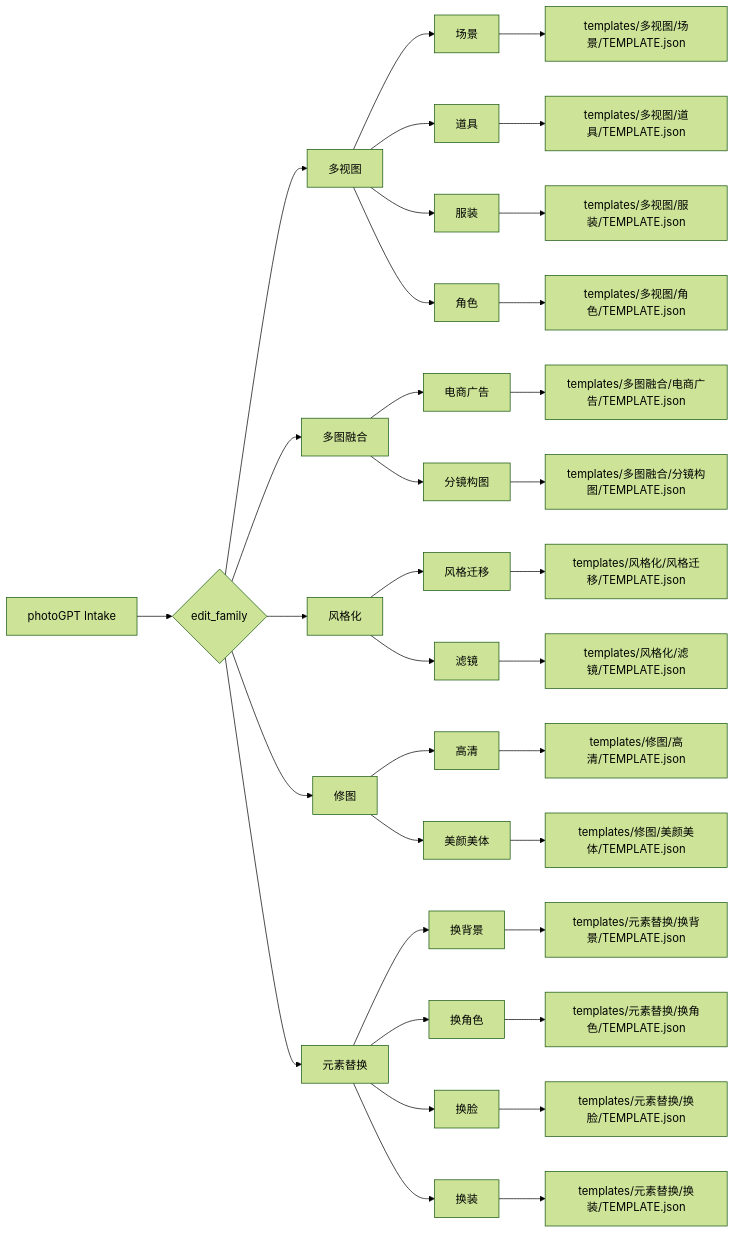
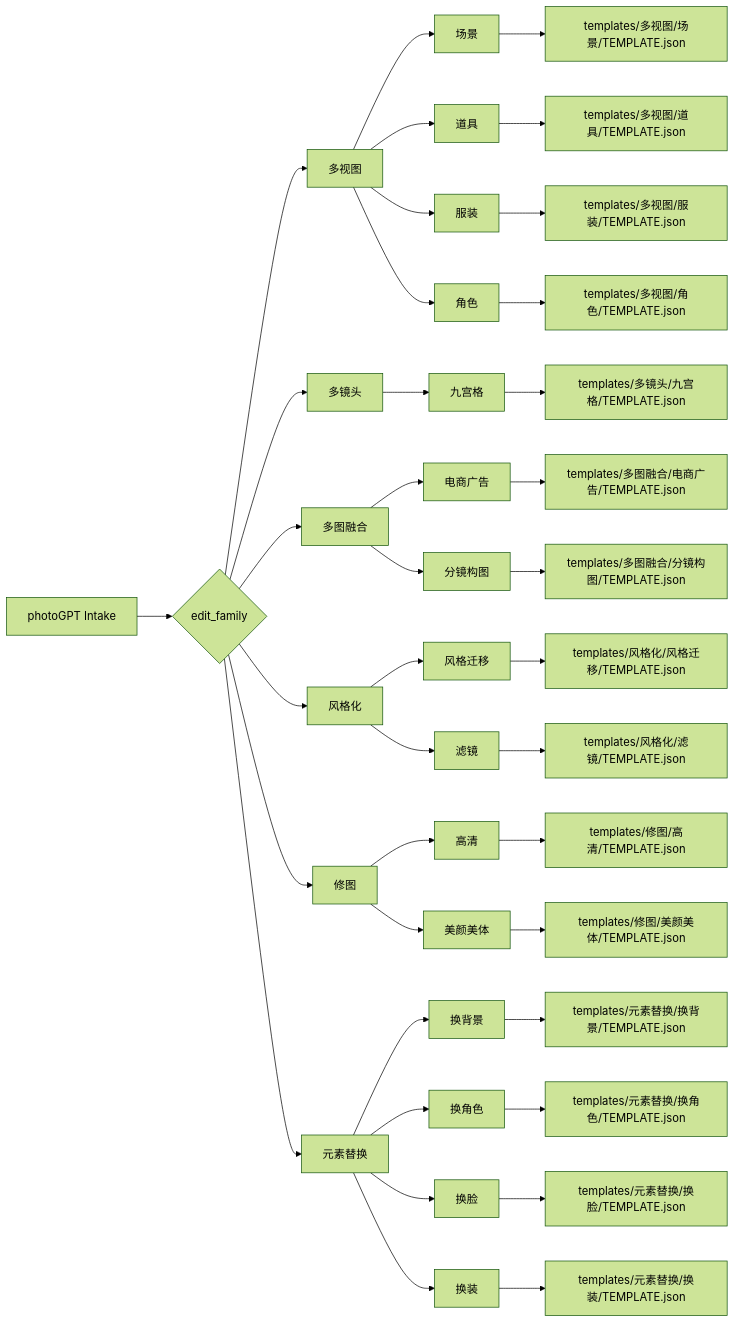
The diagram in .agents/skills/photoGPT/types/type-map.md (ZEN-VOID/AI-CUT), drawn with Mermaid (forest theme) before and after one commit. The commit also changed other lines of this file and 293 other files, not shown here.

````diff
--- a/.agents/skills/photoGPT/types/type-map.md
+++ b/.agents/skills/photoGPT/types/type-map.md
@@ -13,37 +13,40 @@
 ```mermaid
 flowchart LR
     A["photoGPT Intake"] --> B{"edit_family"}
     B --> C["多视图"]
     C --> C1["场景"]
     C --> C2["道具"]
     C --> C3["服装"]
     C --> C4["角色"]
+    B --> V["多镜头"]
+    V --> V1["九宫格"]
     B --> D["多图融合"]
     D --> D1["电商广告"]
     D --> D2["分镜构图"]
     B --> E["风格化"]
     E --> E1["风格迁移"]
     E --> E2["滤镜"]
     B --> F["修图"]
     F --> F1["高清"]
     F --> F2["美颜美体"]
     B --> G["元素替换"]
     G --> G1["换背景"]
     G --> G2["换角色"]
     G --> G3["换脸"]
     G --> G4["换装"]
     C1 --> H["templates/多视图/场景/TEMPLATE.json"]
     C2 --> I["templates/多视图/道具/TEMPLATE.json"]
     C3 --> J["templates/多视图/服装/TEMPLATE.json"]
     C4 --> K["templates/多视图/角色/TEMPLATE.json"]
+    V1 --> X["templates/多镜头/九宫格/TEMPLATE.json"]
     D1 --> L["templates/多图融合/电商广告/TEMPLATE.json"]
     D2 --> M["templates/多图融合/分镜构图/TEMPLATE.json"]
     E1 --> N["templates/风格化/风格迁移/TEMPLATE.json"]
     E2 --> O["templates/风格化/滤镜/TEMPLATE.json"]
     F1 --> P["templates/修图/高清/TEMPLATE.json"]
     F2 --> Q["templates/修图/美颜美体/TEMPLATE.json"]
     G1 --> R["templates/元素替换/换背景/TEMPLATE.json"]
     G2 --> S["templates/元素替换/换角色/TEMPLATE.json"]
     G3 --> T["templates/元素替换/换脸/TEMPLATE.json"]
     G4 --> U["templates/元素替换/换装/TEMPLATE.json"]
 ```
````
